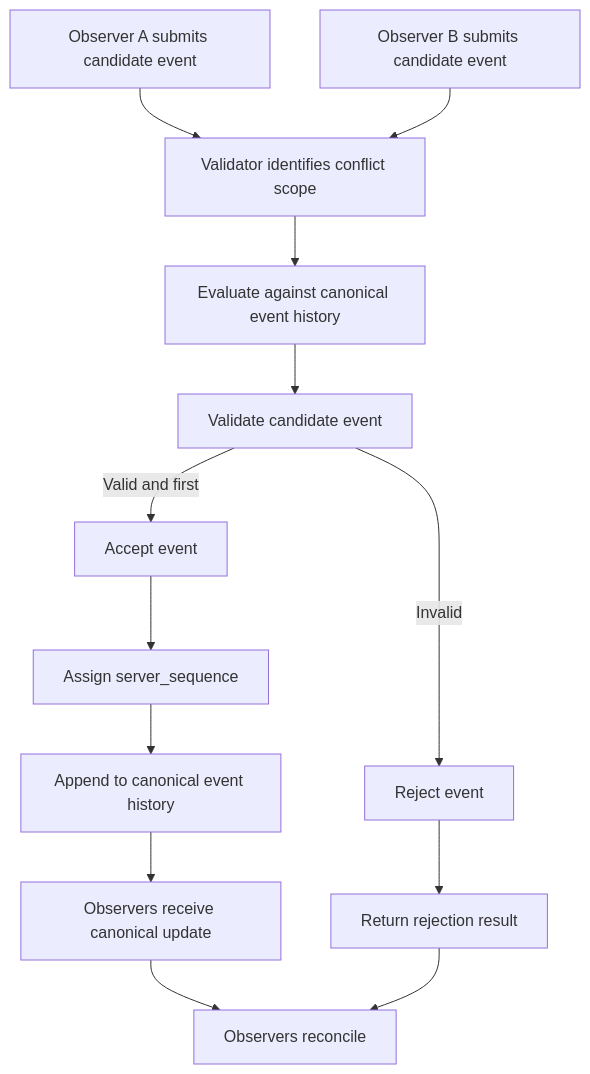
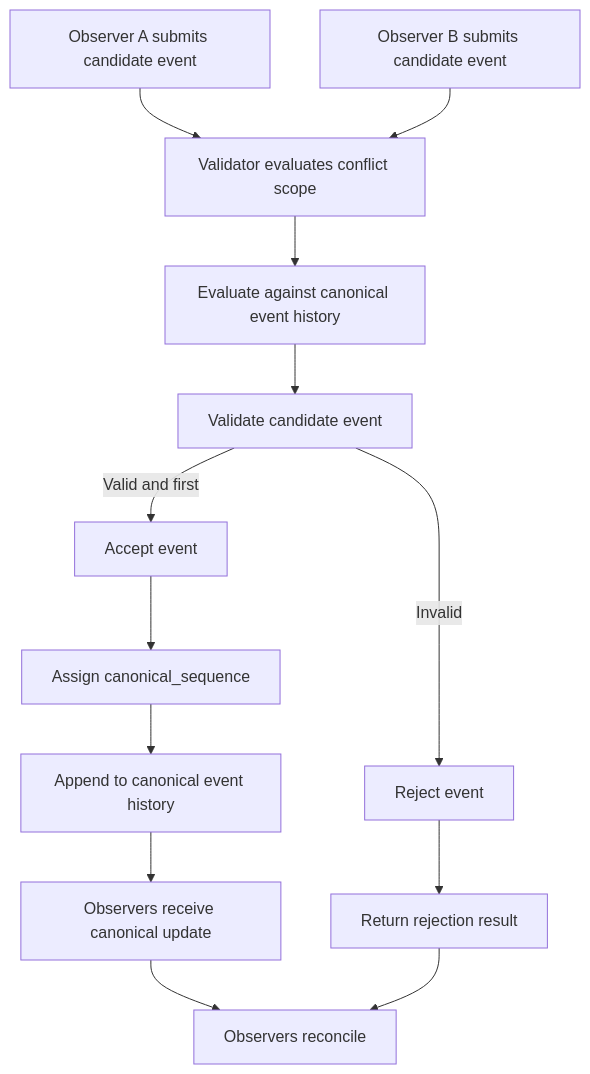
Before and after one commit to godofthunder101/crypsa-architecture: the diagram in diagrams/CrypSA_Conflict_Resolution.md, drawn with Mermaid. The commit also changed other lines of this file, not shown here.

Commit message:
Update conflict resolution terminology in documentation

````diff
--- a/diagrams/CrypSA_Conflict_Resolution.md
+++ b/diagrams/CrypSA_Conflict_Resolution.md
@@ -22,22 +22,22 @@
 ```mermaid
 flowchart TD
 
-A[Observer A submits candidate event] --> C[Validator identifies conflict scope]
+A[Observer A submits candidate event] --> C[Validator evaluates conflict scope]
 B[Observer B submits candidate event] --> C
 
 C --> D[Evaluate against canonical event history]
 
 D --> E[Validate candidate event]
 
 E -->|Valid and first| G[Accept event]
 E -->|Invalid| R1[Reject event]
 
-G --> H[Assign server_sequence]
+G --> H[Assign canonical_sequence]
 H --> I[Append to canonical event history]
 I --> J[Observers receive canonical update]
 
 J --> K[Observers reconcile]
 
 R1 --> L[Return rejection result]
 L --> K
 ```
````
